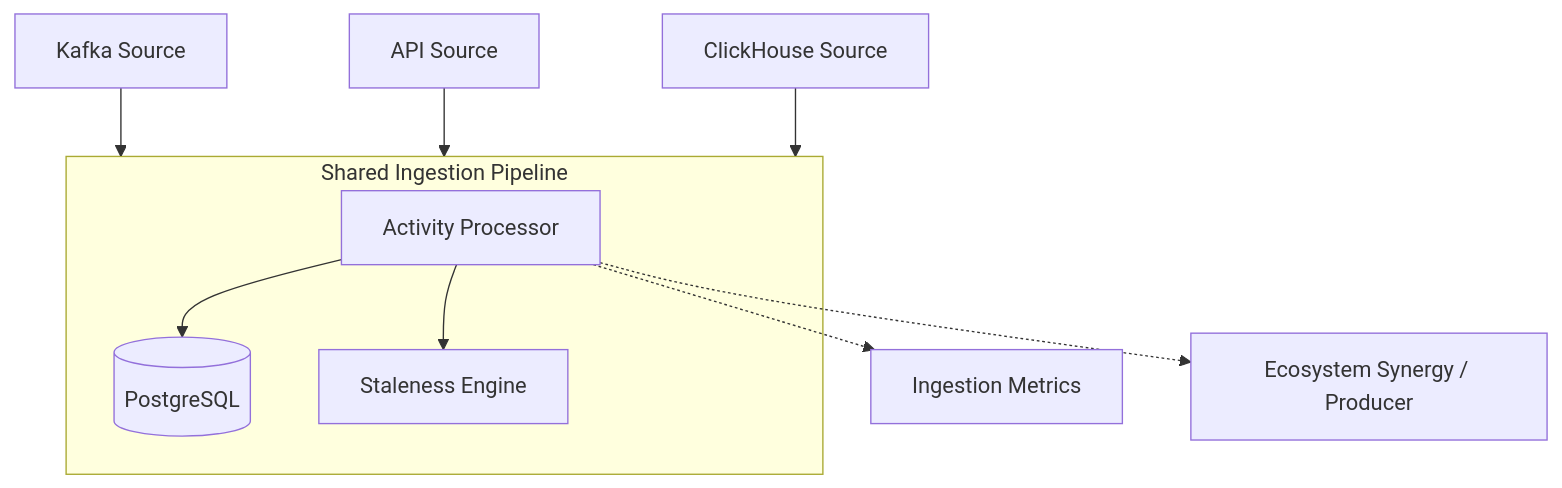
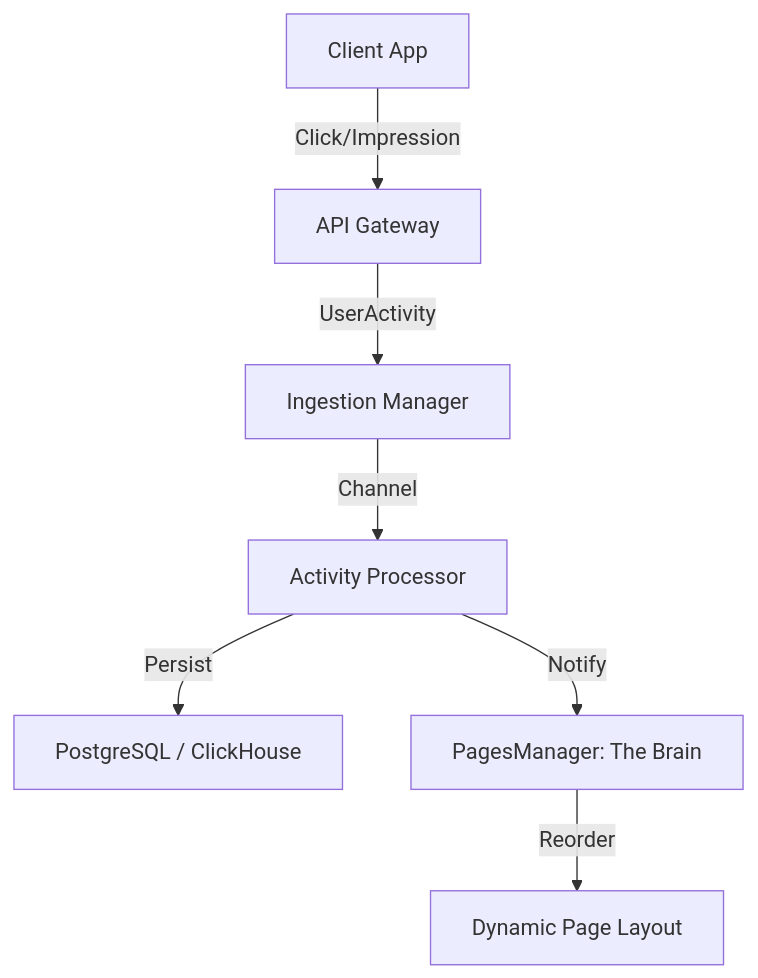
The diagram in src/ingestion/README.md (adiozdaniel/bongas-ai), drawn with Mermaid before and after one commit. The commit also changed other lines of this file and 15 other files, not shown here.

````diff
--- a/src/ingestion/README.md
+++ b/src/ingestion/README.md
@@ -11,14 +15,9 @@
 ```mermaid
 graph TD
-    K[Kafka Source] --> Pipeline
-    A[API Source] --> Pipeline
-    C[ClickHouse Source] --> Pipeline
-    
-    subgraph Pipeline [Shared Ingestion Pipeline]
-        Proc[Activity Processor] --> DB[(PostgreSQL)]
-        Proc --> Staleness[Staleness Engine]
-    end
-    
-    Proc -.-> Metrics[Ingestion Metrics]
-    Proc -.-> Sync[Ecosystem Synergy / Producer]
+    Client[Client App] -->|Click/Impression| API[API Gateway]
+    API -->|UserActivity| Manager[Ingestion Manager]
+    Manager -->|Channel| Proc[Activity Processor]
+    Proc -->|Persist| DB[PostgreSQL / ClickHouse]
+    Proc -->|Notify| Brain[PagesManager: The Brain]
+    Brain -->|Reorder| Layout[Dynamic Page Layout]
 ```
````
